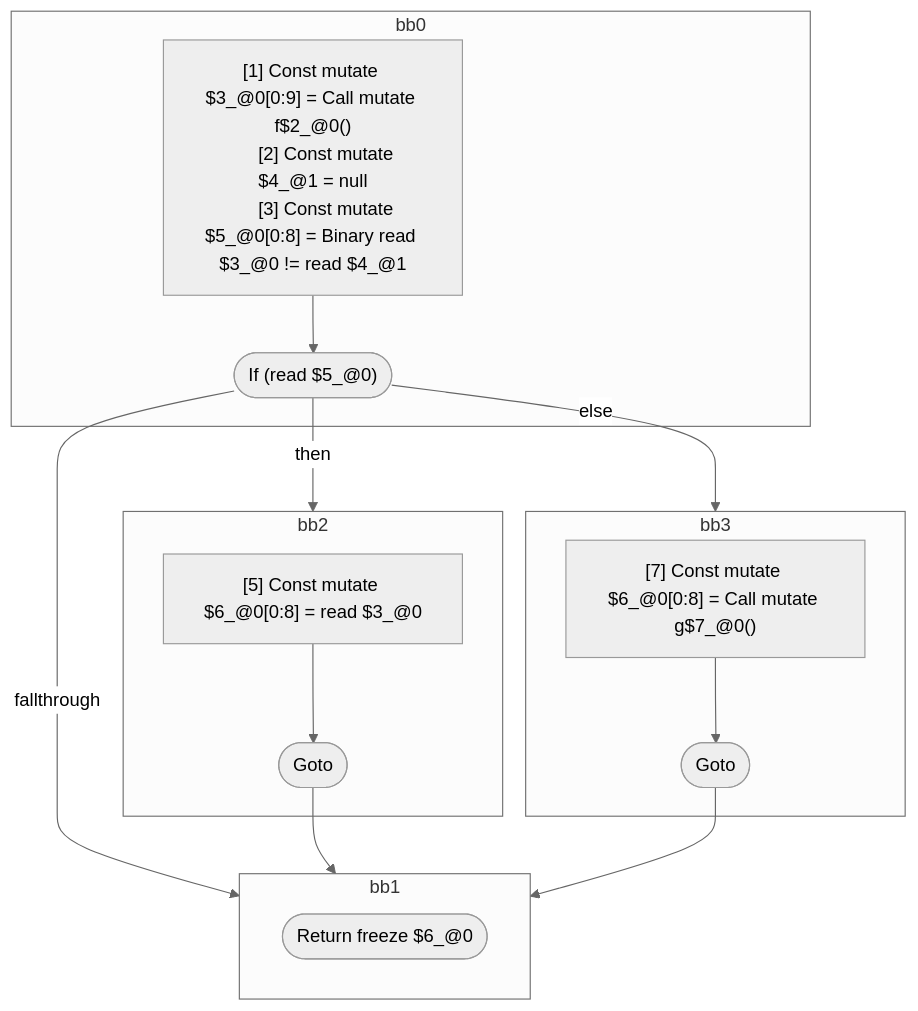
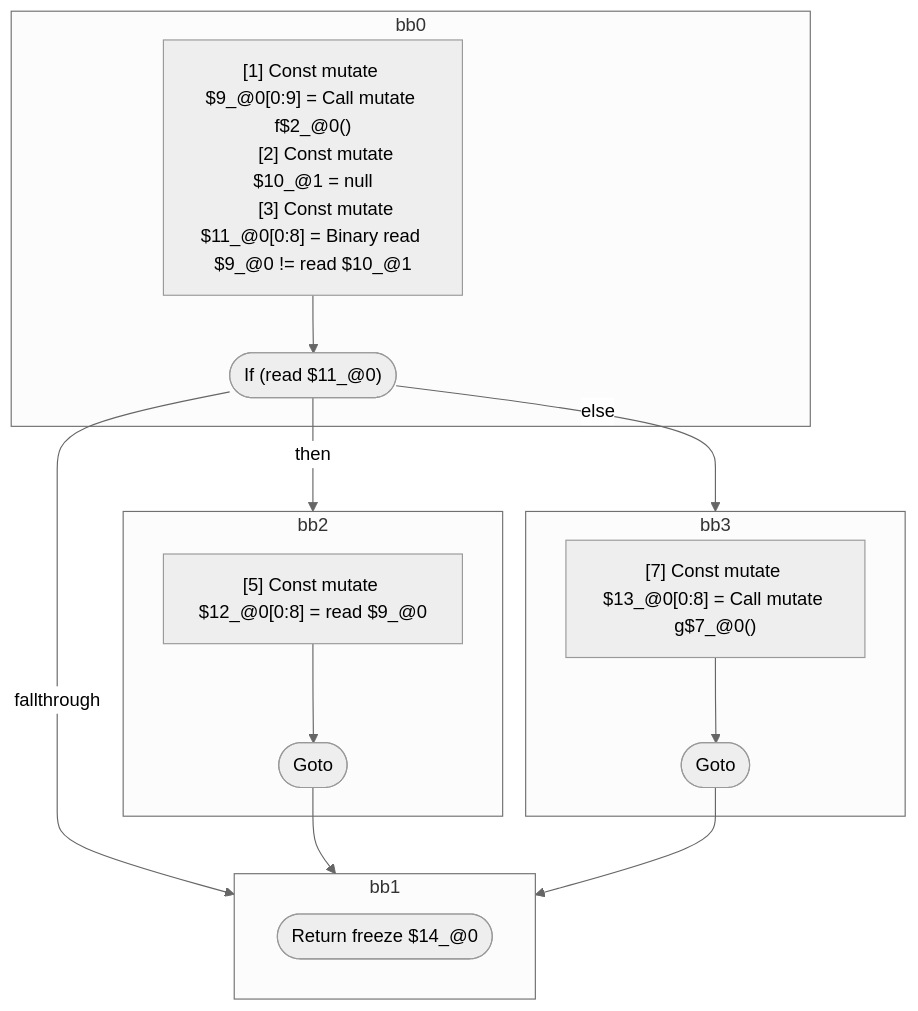
The third of 5 diagrams in compiler/forget/src/__tests__/fixtures/hir/logical-expression.expect.md (wutsmog/private), drawn with Mermaid (neutral theme) before and after one commit. The commit also changed other lines of this file and 59 other files, not shown here.

````diff
--- a/compiler/forget/src/__tests__/fixtures/hir/logical-expression.expect.md
+++ b/compiler/forget/src/__tests__/fixtures/hir/logical-expression.expect.md
@@ -177,35 +180,35 @@
 ```mermaid
 flowchart TB
   %% Basic Blocks
   subgraph bb0
     bb0_instrs["
-      [1] Const mutate $3_@0[0:9] = Call mutate f$2_@0()
-      [2] Const mutate $4_@1 = null
-      [3] Const mutate $5_@0[0:8] = Binary read $3_@0 != read $4_@1
+      [1] Const mutate $9_@0[0:9] = Call mutate f$2_@0()
+      [2] Const mutate $10_@1 = null
+      [3] Const mutate $11_@0[0:8] = Binary read $9_@0 != read $10_@1
     "]
-    bb0_instrs --> bb0_terminal(["If (read $5_@0)"])
+    bb0_instrs --> bb0_terminal(["If (read $11_@0)"])
   end
   subgraph bb2
     bb2_instrs["
-      [5] Const mutate $6_@0[0:8] = read $3_@0
+      [5] Const mutate $12_@0[0:8] = read $9_@0
     "]
     bb2_instrs --> bb2_terminal(["Goto"])
   end
   subgraph bb3
     bb3_instrs["
-      [7] Const mutate $6_@0[0:8] = Call mutate g$7_@0()
+      [7] Const mutate $13_@0[0:8] = Call mutate g$7_@0()
     "]
     bb3_instrs --> bb3_terminal(["Goto"])
   end
   subgraph bb1
-    bb1_terminal(["Return freeze $6_@0"])
+    bb1_terminal(["Return freeze $14_@0"])
   end
 
   %% Jumps
   bb0_terminal -- "then" --> bb2
   bb0_terminal -- "else" --> bb3
   bb0_terminal -- "fallthrough" --> bb1
   bb2_terminal --> bb1
   bb3_terminal --> bb1
 
 ```
````
